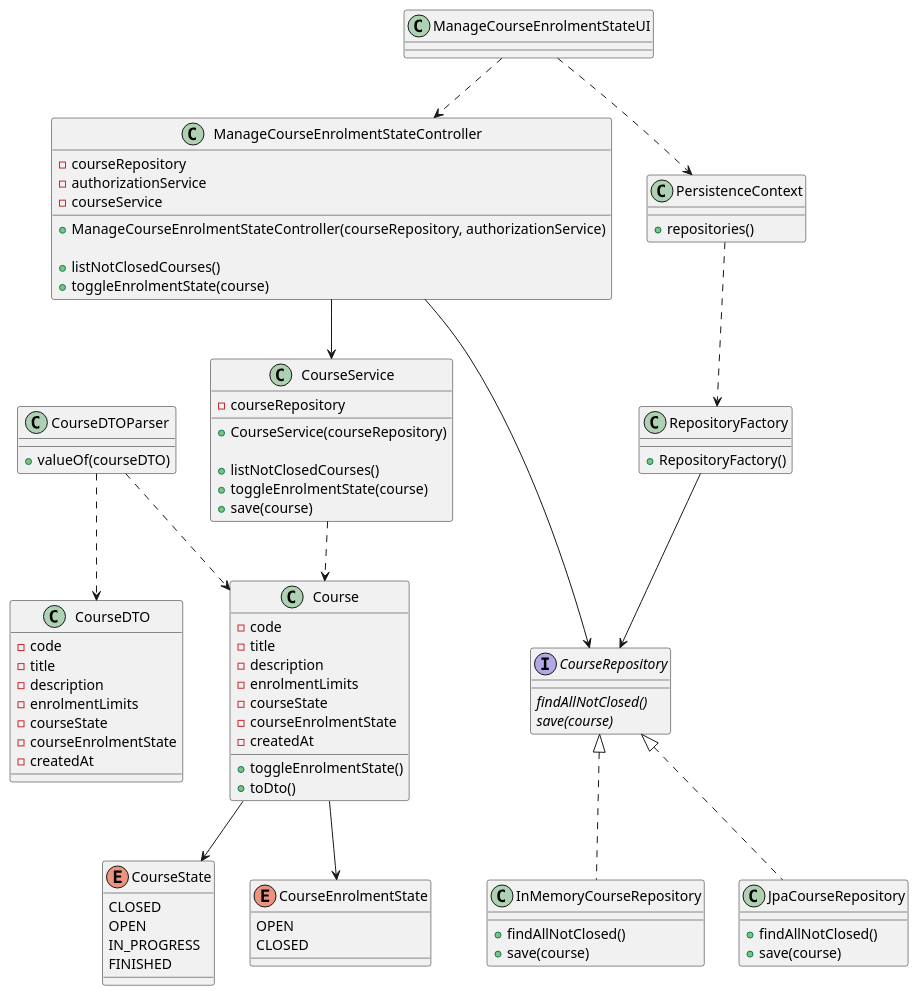
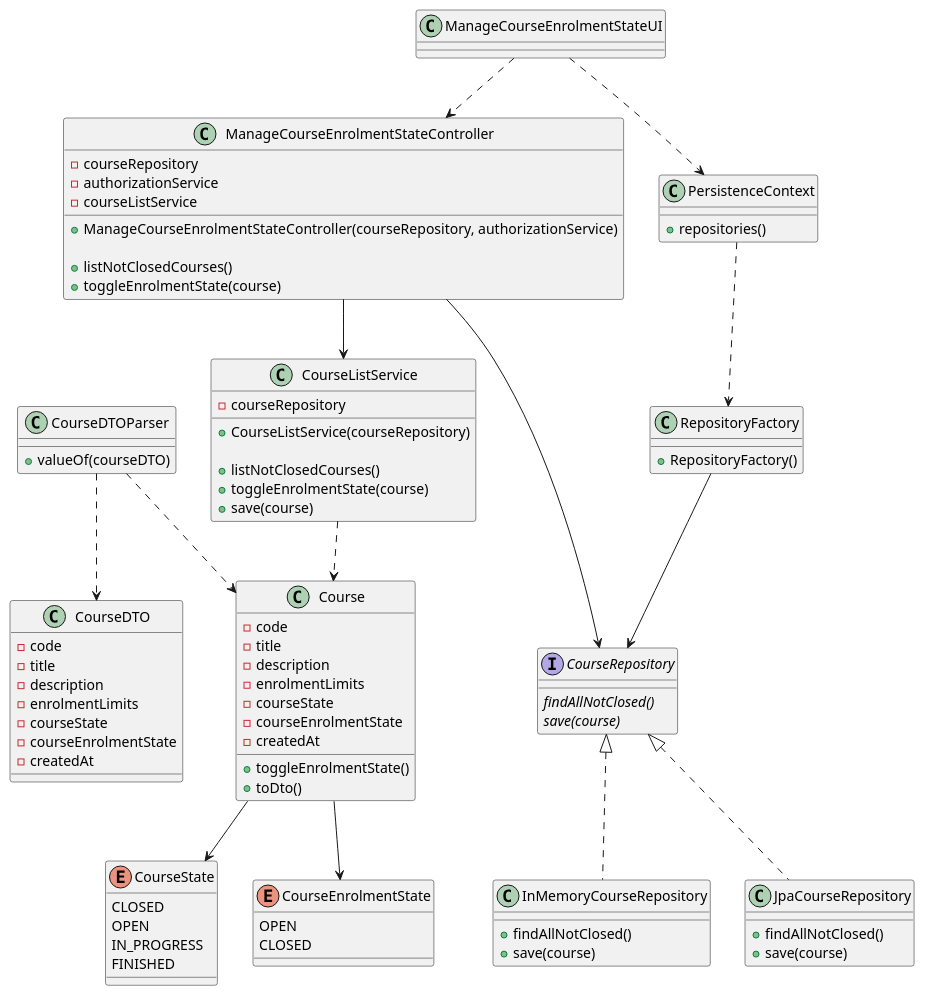
One commit to miseEnPlace-dev/lapr4 changed the diagram in docs/sprint-b/us09-1003/US1003_CD.puml. Above: the diagram before and after it, drawn with PlantUML. The commit also changed 25 other files, not shown here.

```diff
--- a/docs/sprint-b/us09-1003/US1003_CD.puml
+++ b/docs/sprint-b/us09-1003/US1003_CD.puml
@@ -1,106 +1,106 @@
 @startuml US1003_CD
 
 class RepositoryFactory {
   + RepositoryFactory()
 }
 
 interface CourseRepository {
   {abstract} findAllNotClosed()
   {abstract} save(course)
 }
 
 class InMemoryCourseRepository {
   + findAllNotClosed()
   + save(course)
 }
 
 class JpaCourseRepository {
   + findAllNotClosed()
   + save(course)
 }
 
 class PersistenceContext {
   + repositories()
 }
 
-class CourseService {
+class CourseListService {
   - courseRepository
 
-  + CourseService(courseRepository)
+  + CourseListService(courseRepository)
 
   + listNotClosedCourses()
   + toggleEnrolmentState(course)
   + save(course)
 }
 
 class ManageCourseEnrolmentStateUI {}
 
 class ManageCourseEnrolmentStateController {
   - courseRepository
   - authorizationService
-  - courseService
+  - courseListService
 
   + ManageCourseEnrolmentStateController(courseRepository, authorizationService)
 
   + listNotClosedCourses()
   + toggleEnrolmentState(course)
 }
 
 class Course {
   - code
   - title
   - description
   - enrolmentLimits
   - courseState
   - courseEnrolmentState
   - createdAt
 
   + toggleEnrolmentState()
   + toDto()
 }
 
 enum CourseState {
   CLOSED
   OPEN
   IN_PROGRESS
   FINISHED
 }
 
 enum CourseEnrolmentState {
   OPEN
   CLOSED
 }
 
 class CourseDTO {
   - code
   - title
   - description
   - enrolmentLimits
   - courseState
   - courseEnrolmentState
   - createdAt
 }
 
 class CourseDTOParser {
   + valueOf(courseDTO)
 }
 
 ManageCourseEnrolmentStateUI ..> ManageCourseEnrolmentStateController
 ManageCourseEnrolmentStateUI ..> PersistenceContext
-ManageCourseEnrolmentStateController --> CourseService
+ManageCourseEnrolmentStateController --> CourseListService
 PersistenceContext ..> RepositoryFactory
 RepositoryFactory --> CourseRepository
 
-CourseService ..> Course
+CourseListService ..> Course
 ManageCourseEnrolmentStateController --> CourseRepository
 
 CourseDTOParser ..> CourseDTO
 CourseDTOParser ..> Course
 
 CourseRepository <|.. InMemoryCourseRepository
 CourseRepository <|.. JpaCourseRepository
 
 Course --> CourseState
 Course --> CourseEnrolmentState
 
 @enduml
```
